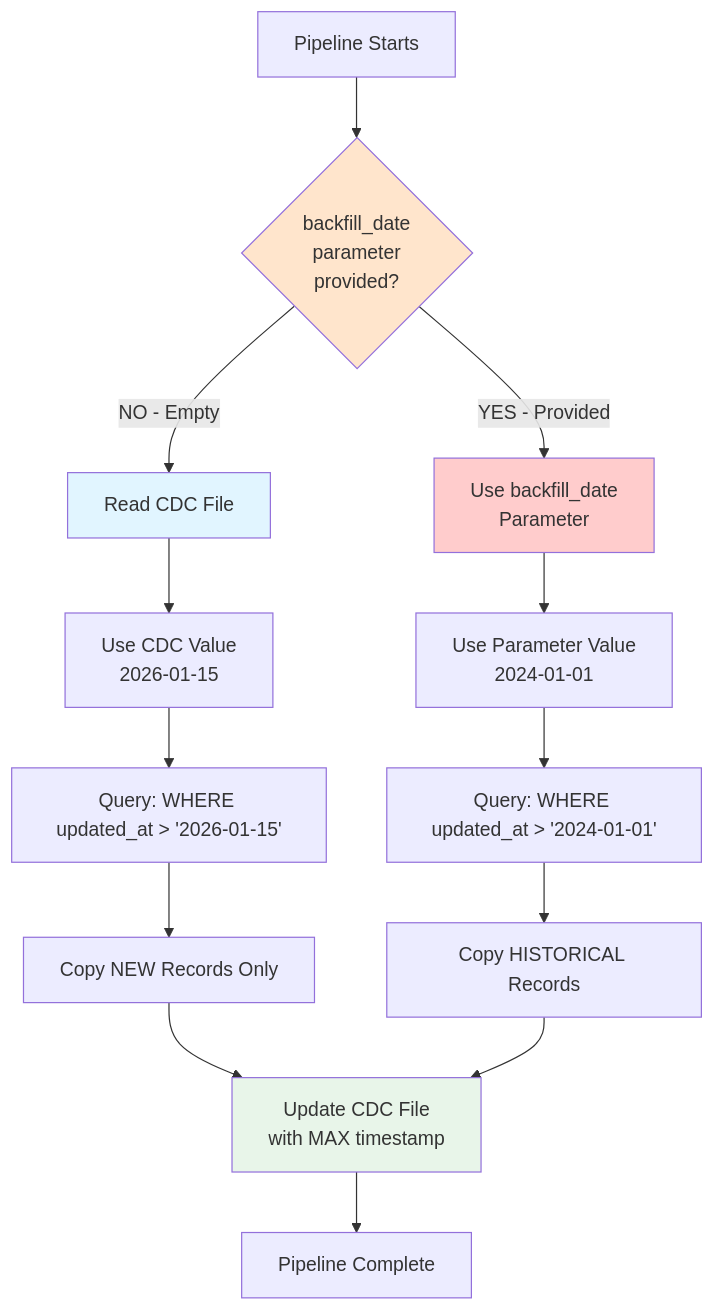
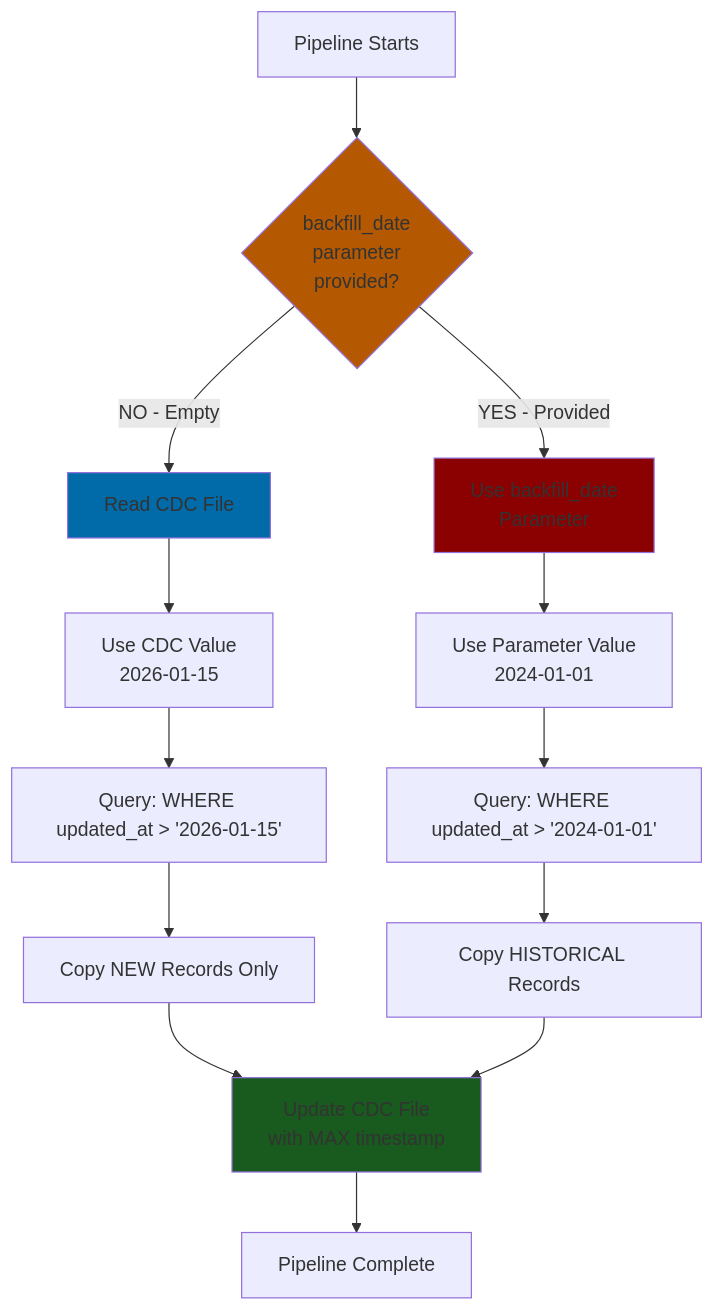
The first of 2 diagrams in azure-data-engineering-steps.md (kisyular/azure-data-engineering), drawn with Mermaid before and after one commit. The commit also changed other lines of this file, not shown here.

Commit message:
MADE THE BACKGROUND COLORS OF THE DIAGRAM MORE DARKER

````diff
--- a/azure-data-engineering-steps.md
+++ b/azure-data-engineering-steps.md
@@ -1758,24 +1758,24 @@
 ```mermaid
 graph TB
     A[Pipeline Starts] --> B{backfill_date<br/>parameter<br/>provided?}
     
     B -->|NO - Empty| C[Read CDC File]
     C --> D[Use CDC Value<br/>2026-01-15]
     D --> E[Query: WHERE updated_at > '2026-01-15']
     E --> F[Copy NEW Records Only]
     
     B -->|YES - Provided| G[Use backfill_date<br/>Parameter]
     G --> H[Use Parameter Value<br/>2024-01-01]
     H --> I[Query: WHERE updated_at > '2024-01-01']
     I --> J[Copy HISTORICAL Records]
     
     F --> K[Update CDC File<br/>with MAX timestamp]
     J --> K
     
     K --> L[Pipeline Complete]
     
-    style B fill:#ffe5cc
-    style C fill:#e1f5ff
-    style G fill:#ffcccc
-    style K fill:#e8f5e9
+    style B fill:#b45902
+    style C fill:#006ba8
+    style G fill:#8b0000
+    style K fill:#195a1e
 ```
````
